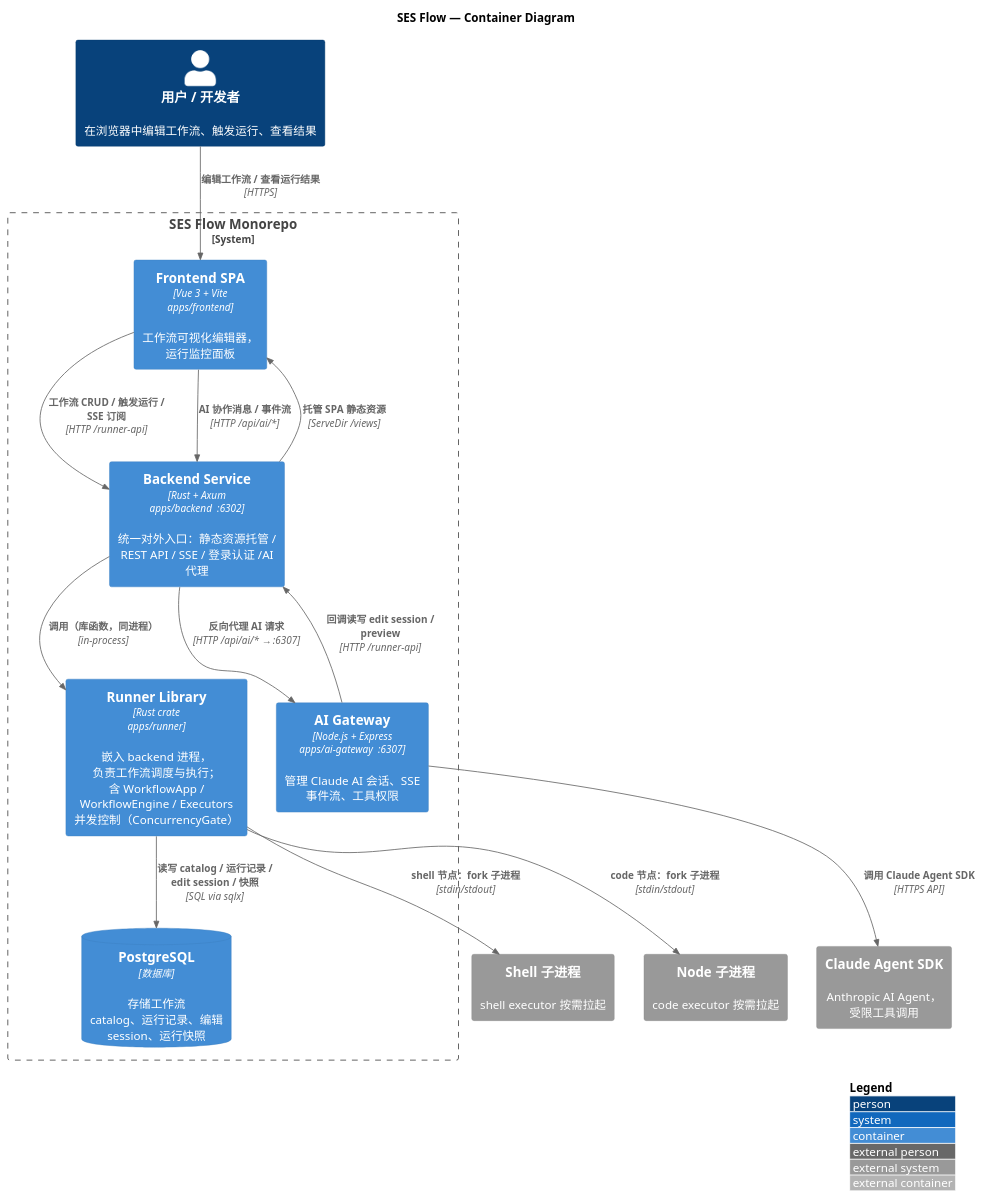
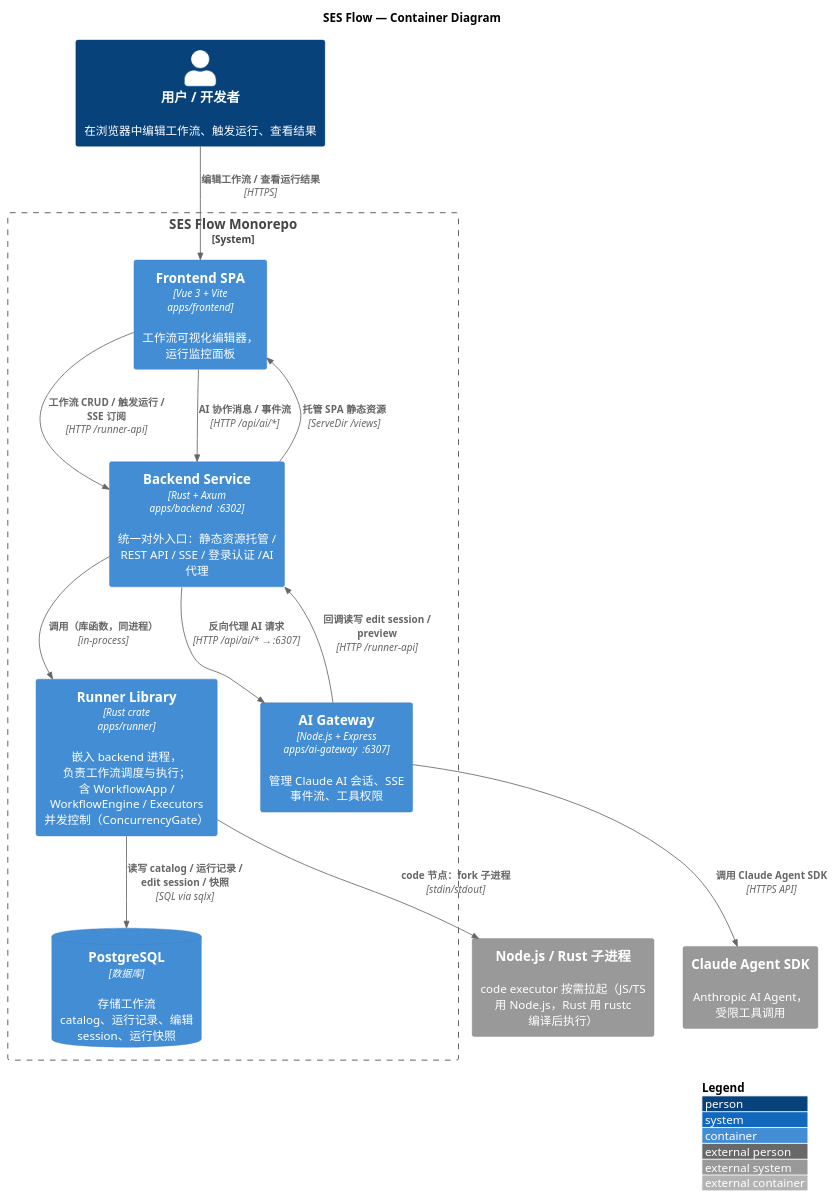
Before and after one commit to junqing258/ses-flow: the first of 2 diagrams in docs/project-architecture.puml, drawn with PlantUML. The commit also changed other lines of this file and 1 other file, not shown here.

Commit message:
docs(runner): 更新架构图中的 code 执行器说明

```diff
--- a/docs/project-architecture.puml
+++ b/docs/project-architecture.puml
@@ -4,40 +4,38 @@
 @startuml ses-flow-containers
 
 !include https://raw.githubusercontent.com/plantuml-stdlib/C4-PlantUML/master/C4_Container.puml
 
 LAYOUT_WITH_LEGEND()
 
 title SES Flow — Container Diagram
 
 Person(user, "用户 / 开发者", "在浏览器中编辑工作流、触发运行、查看结果")
 
 System_Boundary(ses, "SES Flow Monorepo") {
 
     Container(frontend, "Frontend SPA", "Vue 3 + Vite\napps/frontend", "工作流可视化编辑器，运行监控面板")
 
     Container(backend, "Backend Service", "Rust + Axum\napps/backend  :6302", "统一对外入口：静态资源托管 / REST API / SSE / 登录认证 /AI 代理")
 
     Container(runner_lib, "Runner Library", "Rust crate\napps/runner", "嵌入 backend 进程，负责工作流调度与执行；\n含 WorkflowApp / WorkflowEngine / Executors\n并发控制（ConcurrencyGate）")
 
     Container(ai_gateway, "AI Gateway", "Node.js + Express\napps/ai-gateway  :6307", "管理 Claude AI 会话、SSE 事件流、工具权限")
 
     ContainerDb(postgres, "PostgreSQL", "数据库", "存储工作流 catalog、运行记录、编辑 session、运行快照")
 }
 
 System_Ext(claude_sdk, "Claude Agent SDK", "Anthropic AI Agent，受限工具调用")
-System_Ext(shell_proc, "Shell 子进程", "shell executor 按需拉起")
-System_Ext(node_proc, "Node 子进程", "code executor 按需拉起")
+System_Ext(node_proc, "Node.js / Rust 子进程", "code executor 按需拉起（JS/TS 用 Node.js，Rust 用 rustc 编译后执行）")
 
 Rel(user, frontend, "编辑工作流 / 查看运行结果", "HTTPS")
 Rel(frontend, backend, "工作流 CRUD / 触发运行 / SSE 订阅", "HTTP /runner-api")
 Rel(frontend, backend, "AI 协作消息 / 事件流", "HTTP /api/ai/*")
 Rel(backend, frontend, "托管 SPA 静态资源", "ServeDir /views")
 Rel(backend, ai_gateway, "反向代理 AI 请求", "HTTP /api/ai/* → :6307")
 Rel(ai_gateway, backend, "回调读写 edit session / preview", "HTTP /runner-api")
 Rel(ai_gateway, claude_sdk, "调用 Claude Agent SDK", "HTTPS API")
 Rel(backend, runner_lib, "调用（库函数，同进程）", "in-process")
 Rel(runner_lib, postgres, "读写 catalog / 运行记录 / edit session / 快照", "SQL via sqlx")
-Rel(runner_lib, shell_proc, "shell 节点：fork 子进程", "stdin/stdout")
 Rel(runner_lib, node_proc, "code 节点：fork 子进程", "stdin/stdout")
 
 @enduml
```
